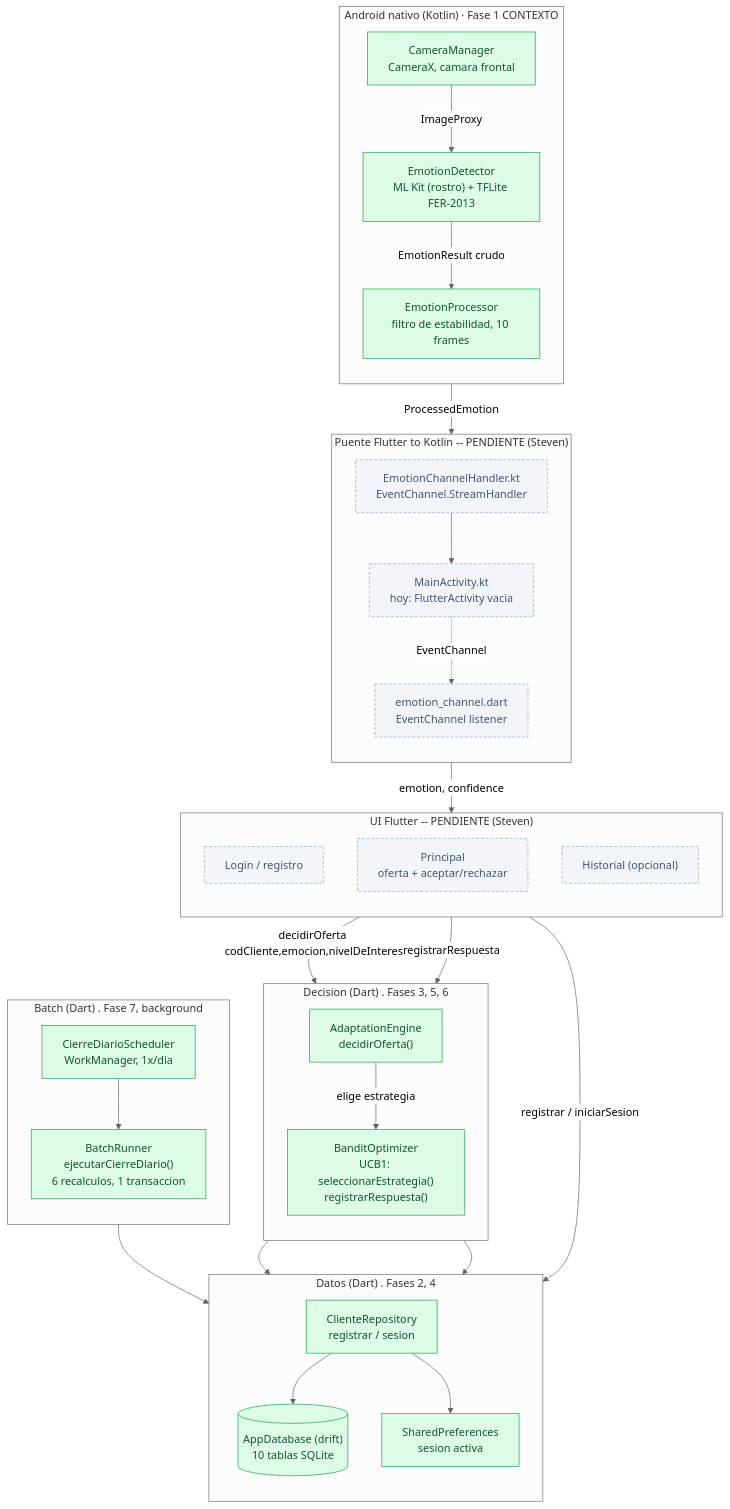
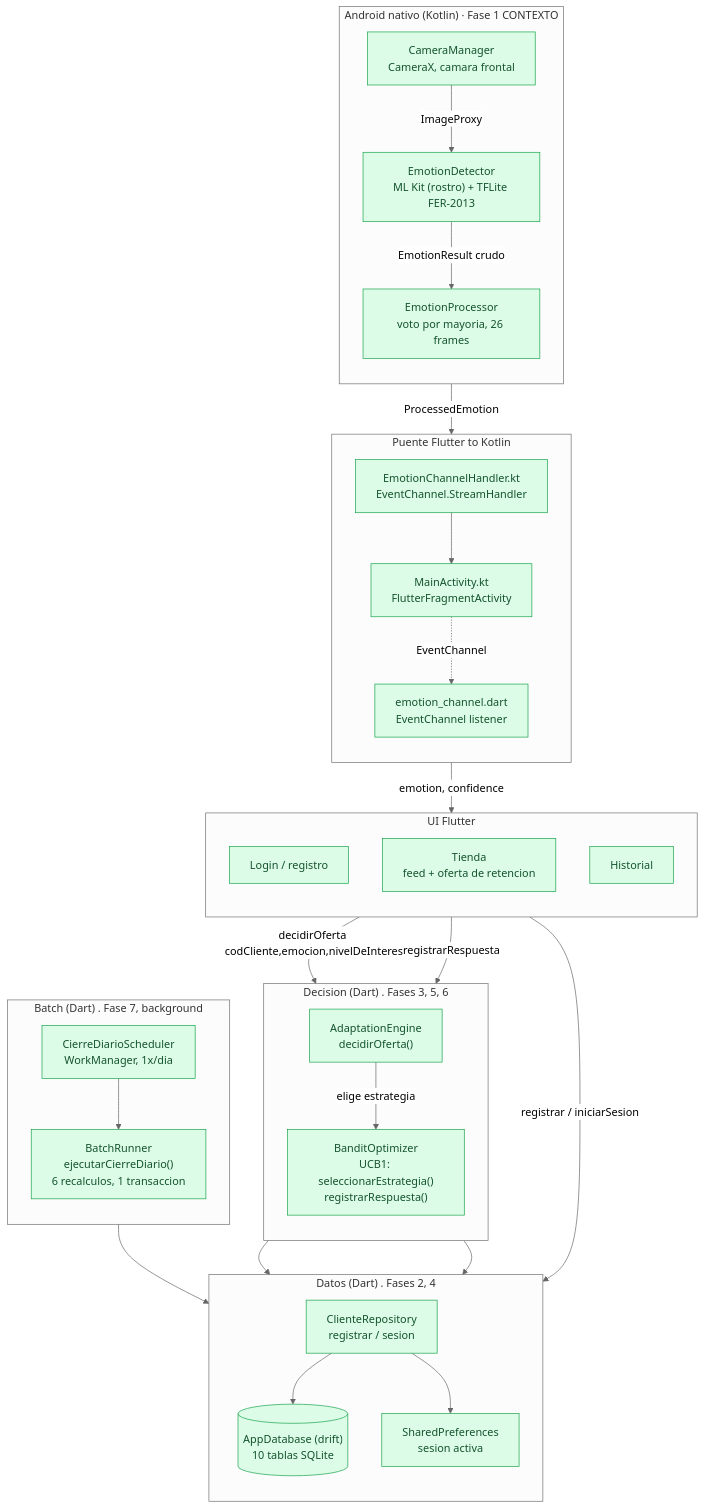
The first of 2 diagrams in docs/ARQUITECTURA.md (StevenCadilloS/Sistema-Inteligente-Ventas), drawn with Mermaid (neutral theme) before and after one commit. The commit also changed other lines of this file and 10 other files, not shown here.

````diff
--- a/docs/ARQUITECTURA.md
+++ b/docs/ARQUITECTURA.md
@@ -16,65 +15,65 @@
 ```mermaid
 flowchart TB
     subgraph NATIVO["Android nativo (Kotlin) · Fase 1 CONTEXTO"]
         direction TB
         CAM["CameraManager<br/>CameraX, camara frontal"]
         DET["EmotionDetector<br/>ML Kit (rostro) + TFLite FER-2013"]
-        PROC["EmotionProcessor<br/>filtro de estabilidad, 10 frames"]
+        PROC["EmotionProcessor<br/>voto por mayoria, 26 frames"]
         CAM -->|ImageProxy| DET
         DET -->|EmotionResult crudo| PROC
     end
 
-    subgraph BRIDGE["Puente Flutter to Kotlin -- PENDIENTE (Steven)"]
+    subgraph BRIDGE["Puente Flutter to Kotlin"]
         direction TB
         HANDLER["EmotionChannelHandler.kt<br/>EventChannel.StreamHandler"]
-        MAINACT["MainActivity.kt<br/>hoy: FlutterActivity vacia"]
+        MAINACT["MainActivity.kt<br/>FlutterFragmentActivity"]
         CHANNEL["emotion_channel.dart<br/>EventChannel listener"]
     end
 
-    subgraph UI["UI Flutter -- PENDIENTE (Steven)"]
+    subgraph UI["UI Flutter"]
         direction TB
         LOGIN["Login / registro"]
-        HOME["Principal<br/>oferta + aceptar/rechazar"]
-        HIST["Historial (opcional)"]
+        HOME["Tienda<br/>feed + oferta de retencion"]
+        HIST["Historial"]
     end
 
     subgraph DECISION["Decision (Dart) . Fases 3, 5, 6"]
         direction TB
         AE["AdaptationEngine<br/>decidirOferta()"]
         BANDIT["BanditOptimizer<br/>UCB1: seleccionarEstrategia()<br/>registrarRespuesta()"]
         AE -->|elige estrategia| BANDIT
     end
 
     subgraph DATOS["Datos (Dart) . Fases 2, 4"]
         direction TB
         REPO["ClienteRepository<br/>registrar / sesion"]
         DB[("AppDatabase (drift)<br/>10 tablas SQLite")]
         PREFS["SharedPreferences<br/>sesion activa"]
         REPO --> DB
         REPO --> PREFS
     end
 
     subgraph BATCH["Batch (Dart) . Fase 7, background"]
         direction TB
         SCHED["CierreDiarioScheduler<br/>WorkManager, 1x/dia"]
         RUNNER["BatchRunner<br/>ejecutarCierreDiario()<br/>6 recalculos, 1 transaccion"]
         SCHED --> RUNNER
     end
 
     PROC -->|ProcessedEmotion| HANDLER
     HANDLER --> MAINACT
     MAINACT -.EventChannel.-> CHANNEL
     CHANNEL -->|emotion, confidence| HOME
     LOGIN -->|registrar / iniciarSesion| REPO
     HOME -->|decidirOferta codCliente,emocion,nivelDeInteres| AE
     HOME -->|registrarRespuesta| BANDIT
     AE --> DB
     BANDIT --> DB
     RUNNER --> DB
 
     classDef implemented fill:#dcfce7,stroke:#16a34a,color:#14532d;
     classDef pending fill:#f1f5f9,stroke:#94a3b8,color:#475569,stroke-dasharray: 4 3;
 
     class CAM,DET,PROC,AE,BANDIT,REPO,DB,PREFS,SCHED,RUNNER implemented;
-    class HANDLER,MAINACT,CHANNEL,LOGIN,HOME,HIST pending;
+    class HANDLER,MAINACT,CHANNEL,LOGIN,HOME,HIST implemented;
 ```
````
